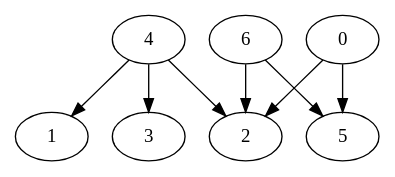
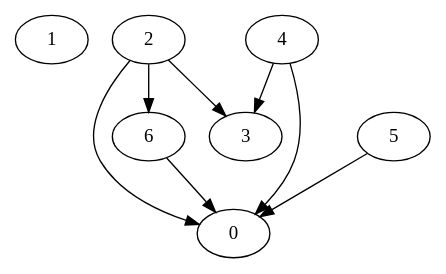
Before and after one commit to nreusch/TSNConf: the diagram in utils/apps/app.dot, drawn with Graphviz. The commit also changed 13 other files, not shown here.

```diff
--- a/utils/apps/app.dot
+++ b/utils/apps/app.dot
@@ -1,9 +1,10 @@
 digraph dag {
-	0 -> 2;
-	0 -> 5;
-	4 -> 1;
-	4 -> 2;
+	1;
+	2 -> 0;
+	2 -> 3;
+	2 -> 6;
+	4 -> 0;
 	4 -> 3;
-	6 -> 2;
-	6 -> 5;
+	5 -> 0;
+	6 -> 0;
 }
```
